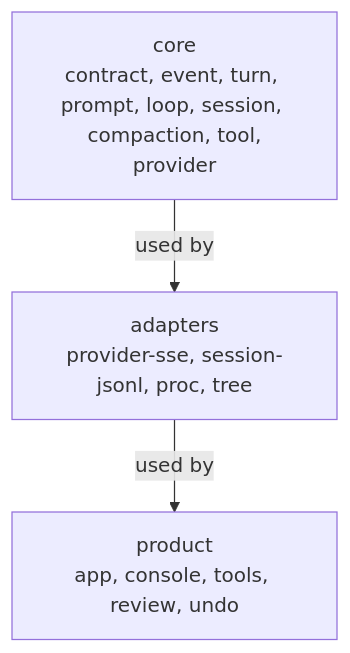
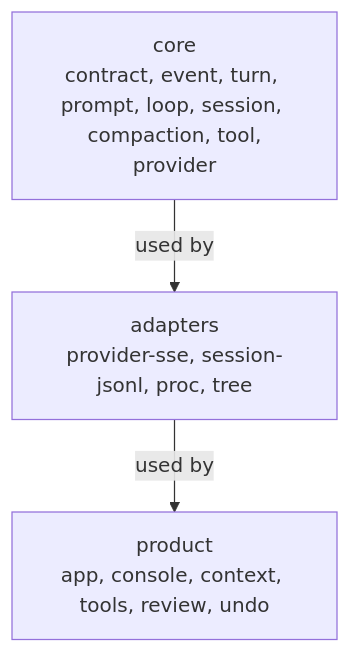
One commit to OverbearingPearl/pearl changed the first of 3 diagrams in docs/architecture.md. Above: the diagram before and after it, drawn with Mermaid. The commit also changed other lines of this file and 8 other files, not shown here.

````diff
--- a/docs/architecture.md
+++ b/docs/architecture.md
@@ -58,7 +59,7 @@
 ```mermaid
 flowchart TB
   core["core<br/>contract, event, turn, prompt, loop, session, compaction, tool,<br/>provider"]
   adapters["adapters<br/>provider-sse, session-jsonl, proc, tree"]
-  product["product<br/>app, console, tools, review, undo"]
+  product["product<br/>app, console, context, tools, review, undo"]
   core -->|used by| adapters -->|used by| product
 ```
````
